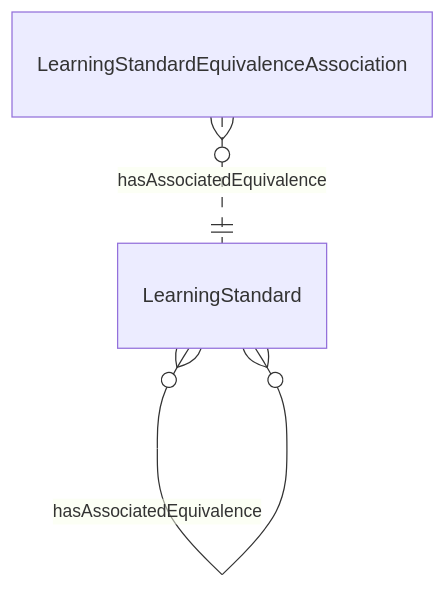
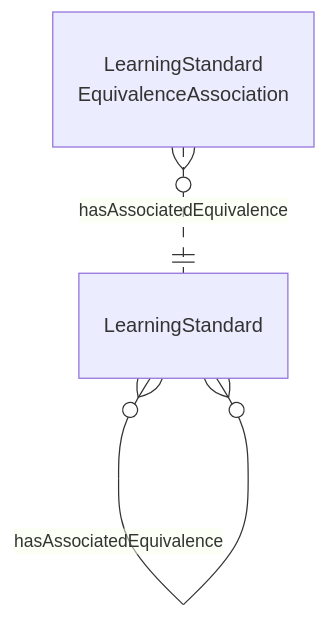
Before and after one commit to Ed-Fi-Alliance-OSS/ed-fi-alliance-oss.github.io: the diagram in dataStandard_versioned_docs/version-6/model-reference/assessment-domain/Assessment-Standards-simple.mmd, drawn with Mermaid. The commit also changed 20 other files, not shown here.

First line of the commit message:
Added Alternate Label Text and Line Breaks to Simple Diagrams

```diff
--- a/dataStandard_versioned_docs/version-6/model-reference/assessment-domain/Assessment-Standards-simple.mmd
+++ b/dataStandard_versioned_docs/version-6/model-reference/assessment-domain/Assessment-Standards-simple.mmd
@@ -1,8 +1,8 @@
 erDiagram
     LearningStandard {
     }
-    LearningStandardEquivalenceAssociation {
+    LearningStandardEquivalenceAssociation["LearningStandard<br/>EquivalenceAssociation"] {
     }
     LearningStandard ||--o{ LearningStandard : "hasFunctionalComponent"
     LearningStandardEquivalenceAssociation }o..|| LearningStandard : "hasAssociatedEquivalence"
     LearningStandard }o--o{ LearningStandard : "hasAssociatedEquivalence"
```
